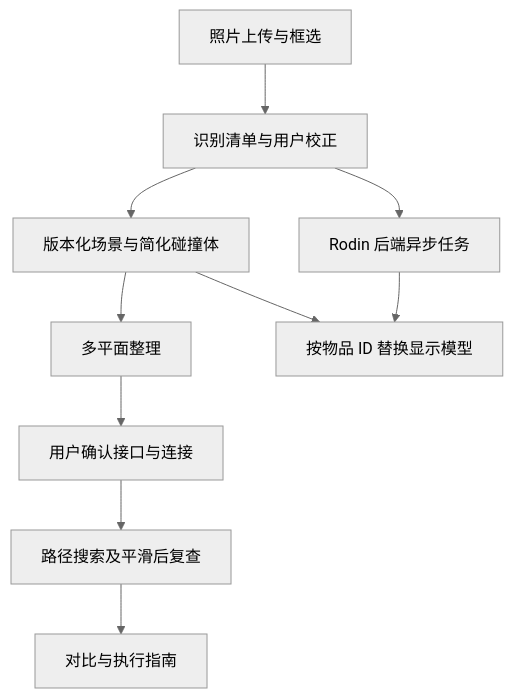
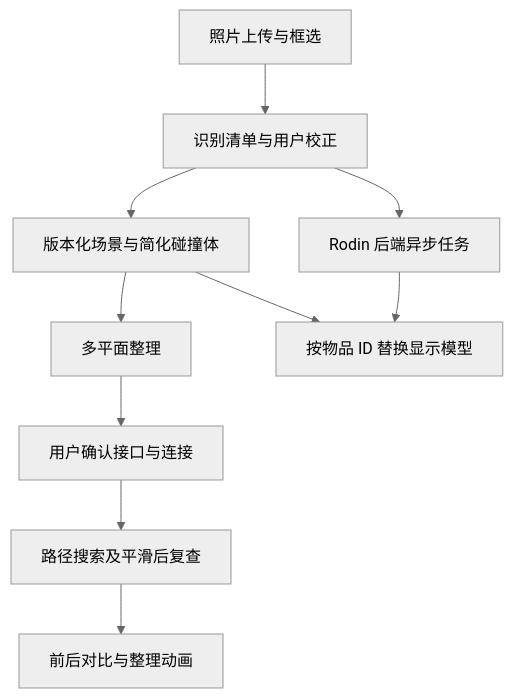
Before and after one commit to Techathon-fufu/DormTopology: the first of 2 diagrams in docs/implementation_roadmap.md, drawn with Mermaid (neutral theme). The commit also changed other lines of this file and 71 other files, not shown here.

````diff
--- a/docs/implementation_roadmap.md
+++ b/docs/implementation_roadmap.md
@@ -31,12 +33,12 @@
 ```mermaid
 flowchart TD
     A[照片上传与框选] --> B[识别清单与用户校正]
     B --> C[版本化场景与简化碰撞体]
     B --> D[Rodin 后端异步任务]
     C --> E[多平面整理]
     E --> F[用户确认接口与连接]
     F --> G[路径搜索及平滑后复查]
-    G --> H[对比与执行指南]
+    G --> H[前后对比与整理动画]
     D --> I[按物品 ID 替换显示模型]
     C --> I
 ```
````
